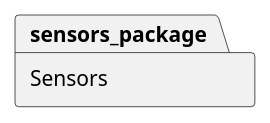
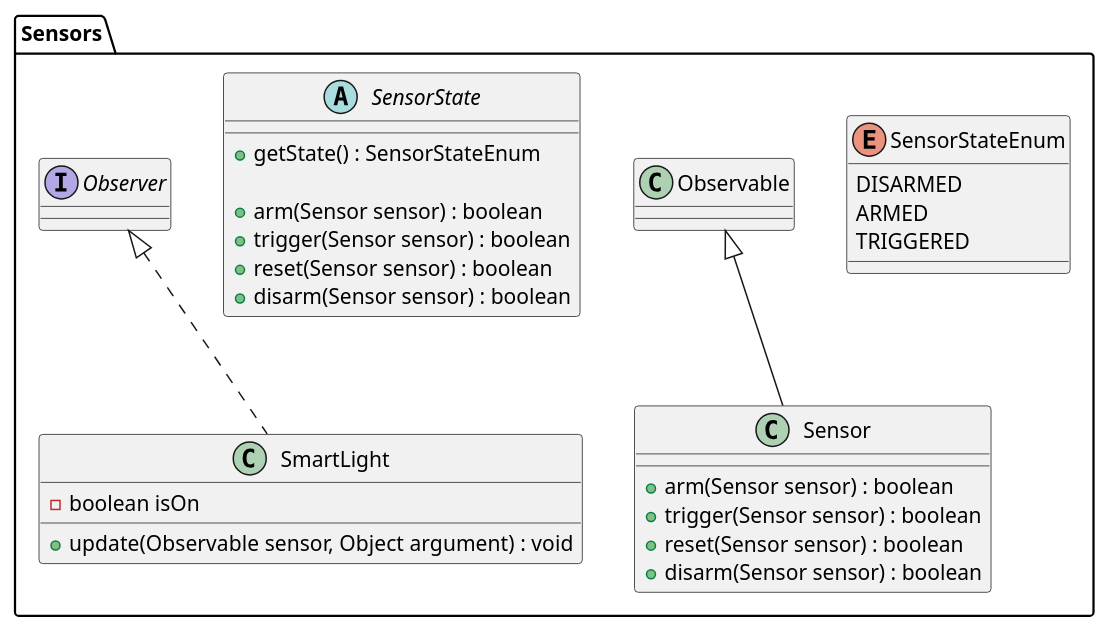
The diagram in src/main/java/assignments/sensors/ClassDiagram.puml (gabdumal/dcc078), drawn with PlantUML before and after one commit. The commit also changed 1 other file, not shown here.

Commit message:
Inicia diagrama de classe

```diff
--- a/src/main/java/assignments/sensors/ClassDiagram.puml
+++ b/src/main/java/assignments/sensors/ClassDiagram.puml
@@ -1,10 +1,38 @@
 @startuml
 'https://plantuml.com/class-diagram
 
 'left to right direction
 
 package sensors_package as "Sensors" {
 
+enum SensorStateEnum {
+    DISARMED
+    ARMED
+    TRIGGERED
+}
+
+class Sensor extends Observable {
+    + arm(Sensor sensor) : boolean
+    + trigger(Sensor sensor) : boolean
+    + reset(Sensor sensor) : boolean
+    + disarm(Sensor sensor) : boolean
+}
+
+abstract class SensorState {
+    + getState() : SensorStateEnum
+
+    + arm(Sensor sensor) : boolean
+    + trigger(Sensor sensor) : boolean
+    + reset(Sensor sensor) : boolean
+    + disarm(Sensor sensor) : boolean
+}
+
+class SmartLight implements Observer {
+    - boolean isOn
+
+    + update(Observable sensor, Object argument) : void
+}
+
 }
 
 @enduml
```
